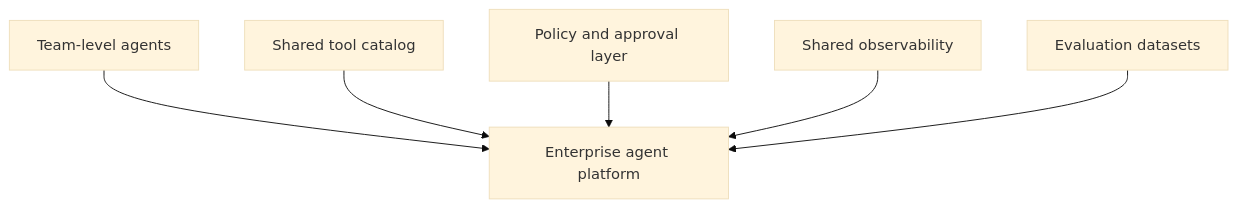
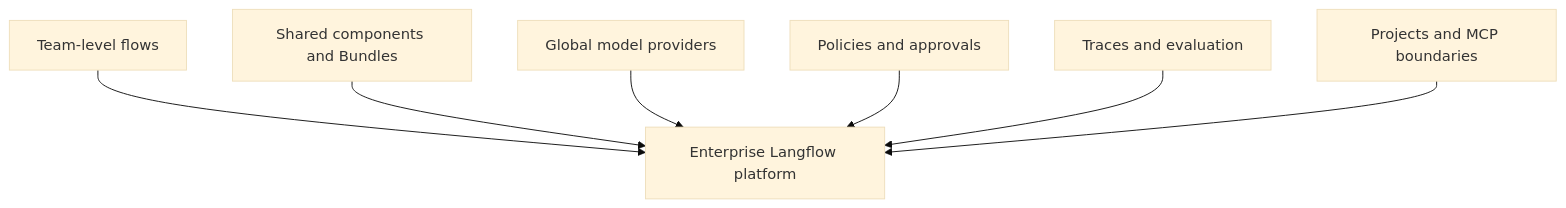
The fifth of 13 diagrams in book/chapters/chapter-06-enterprise-adoption-of-agentic-ai.md (naren-allam/agents-beginners), drawn with Mermaid (base theme) before and after one commit. The commit also changed other lines of this file and 28 other files, not shown here.

````diff
--- a/book/chapters/chapter-06-enterprise-adoption-of-agentic-ai.md
+++ b/book/chapters/chapter-06-enterprise-adoption-of-agentic-ai.md
@@ -131,15 +140,17 @@
 ```mermaid
 flowchart TD
-    TeamAgents["Team-level agents"]
-    ToolCatalog["Shared tool catalog"]
-    PolicyLayer["Policy and approval layer"]
-    Observability["Shared observability"]
-    Eval["Evaluation datasets"]
-    Platform["Enterprise agent platform"]
+    TeamFlows["Team-level flows"]
+    Components["Shared components and Bundles"]
+    Providers["Global model providers"]
+    Policies["Policies and approvals"]
+    Traces["Traces and evaluation"]
+    Projects["Projects and MCP boundaries"]
+    Platform["Enterprise Langflow platform"]
 
-    TeamAgents --> Platform
-    ToolCatalog --> Platform
-    PolicyLayer --> Platform
-    Observability --> Platform
-    Eval --> Platform
+    TeamFlows --> Platform
+    Components --> Platform
+    Providers --> Platform
+    Policies --> Platform
+    Traces --> Platform
+    Projects --> Platform
 ```
````
